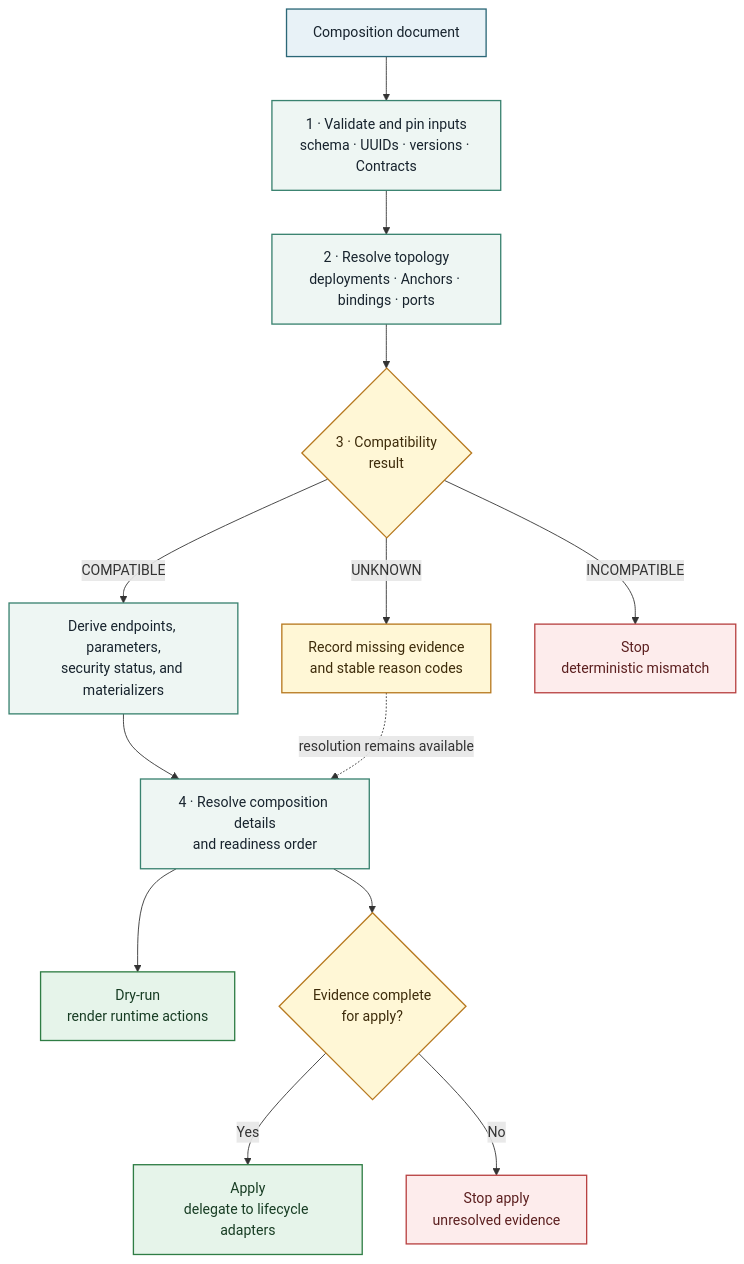
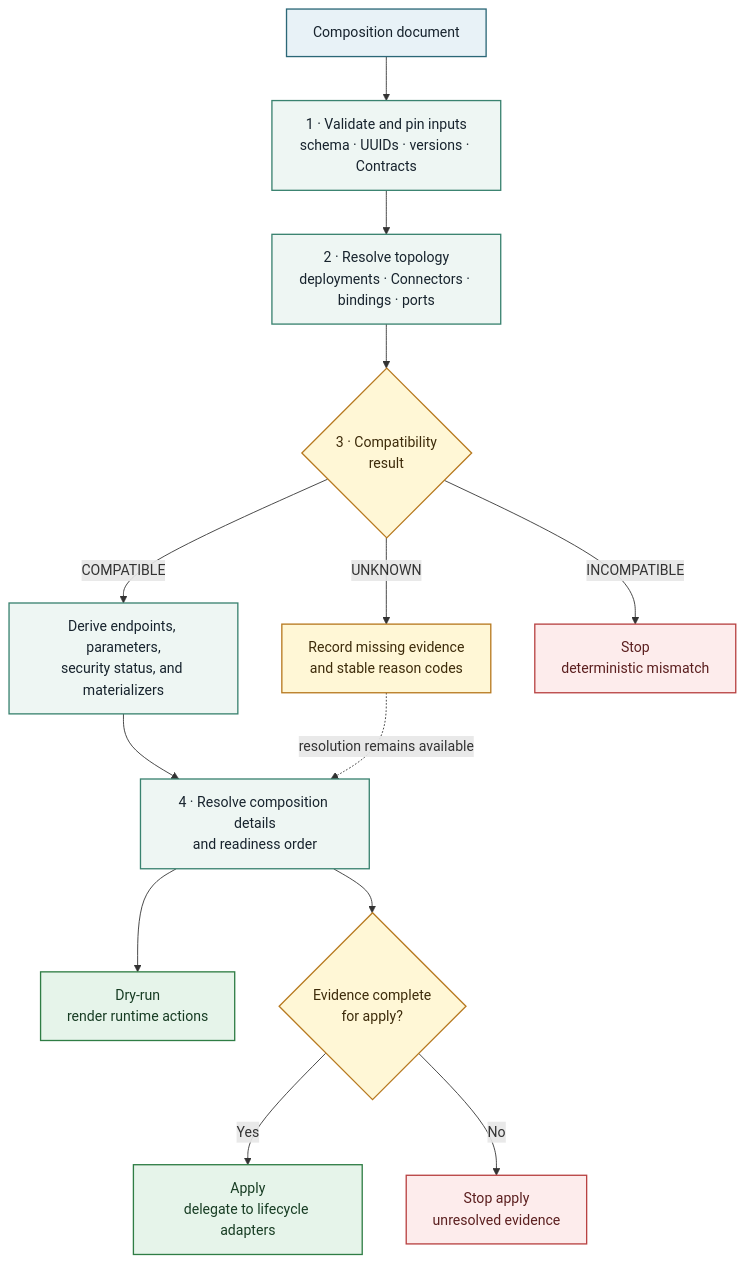
The diagram in DOT-Design/next/dot-design/_attachments/diagrams/composition-resolution-pipeline.mmd (MARE-EU-Project/DOT-Docs), drawn with Mermaid before and after one commit. The commit also changed 106 other files, not shown here.

```diff
--- a/DOT-Design/next/dot-design/_attachments/diagrams/composition-resolution-pipeline.mmd
+++ b/DOT-Design/next/dot-design/_attachments/diagrams/composition-resolution-pipeline.mmd
@@ -1,31 +1,31 @@
 flowchart TD
   accTitle: Fail-closed composition resolution pipeline
-  accDescr: The composer validates and pins its inputs, resolves Anchor bindings, evaluates compatibility, produces a deterministic evidence-bearing resolved composition, and permits apply only when evidence is complete.
+  accDescr: The composer validates and pins its inputs, resolves Connector bindings, evaluates compatibility, produces a deterministic evidence-bearing resolved composition, and permits apply only when evidence is complete.
 
   Source["Composition document"] --> Validate["1 · Validate and pin inputs<br/>schema · UUIDs · versions · Contracts"]
-  Validate --> Resolve["2 · Resolve topology<br/>deployments · Anchors · bindings · ports"]
+  Validate --> Resolve["2 · Resolve topology<br/>deployments · Connectors · bindings · ports"]
   Resolve --> Compatibility{"3 · Compatibility<br/>result"}
 
   Compatibility -->|COMPATIBLE| Derive["Derive endpoints, parameters,<br/>security status, and materializers"]
   Compatibility -->|UNKNOWN| Explain["Record missing evidence<br/>and stable reason codes"]
   Compatibility -->|INCOMPATIBLE| Reject["Stop<br/>deterministic mismatch"]
 
   Derive --> Resolution["4 · Resolve composition details<br/>and readiness order"]
   Explain -.->|resolution remains available| Resolution
   Resolution --> DryRun["Dry-run<br/>render runtime actions"]
   Resolution --> Gate{"Evidence complete<br/>for apply?"}
   Gate -->|Yes| Apply["Apply<br/>delegate to lifecycle adapters"]
   Gate -->|No| ApplyReject["Stop apply<br/>unresolved evidence"]
 
   classDef input fill:#e8f2f7,stroke:#2b6777,color:#17232d,stroke-width:1.5px;
   classDef process fill:#eef6f3,stroke:#39826f,color:#17232d,stroke-width:1.5px;
   classDef decision fill:#fff7d6,stroke:#b7791f,color:#3d2b0a,stroke-width:1.5px;
   classDef success fill:#e6f4ea,stroke:#2f7d45,color:#173c23,stroke-width:1.5px;
   classDef caution fill:#fff7d6,stroke:#b7791f,color:#3d2b0a,stroke-width:1.5px;
   classDef failure fill:#fdecec,stroke:#b84242,color:#5b1f1f,stroke-width:1.5px;
   class Source input;
   class Validate,Resolve,Derive,Resolution process;
   class Compatibility,Gate decision;
   class DryRun,Apply success;
   class Explain caution;
   class Reject,ApplyReject failure;
```
